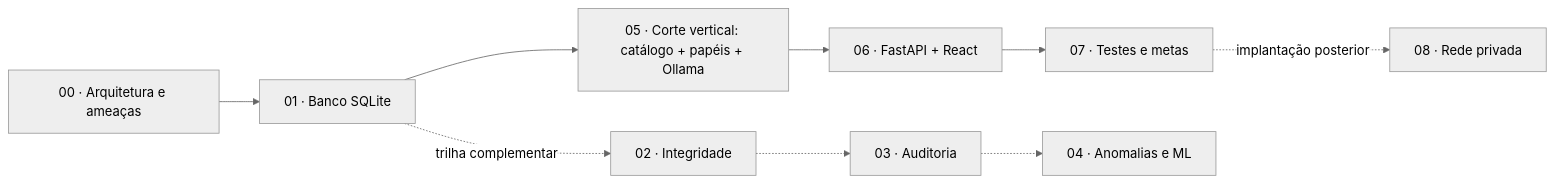
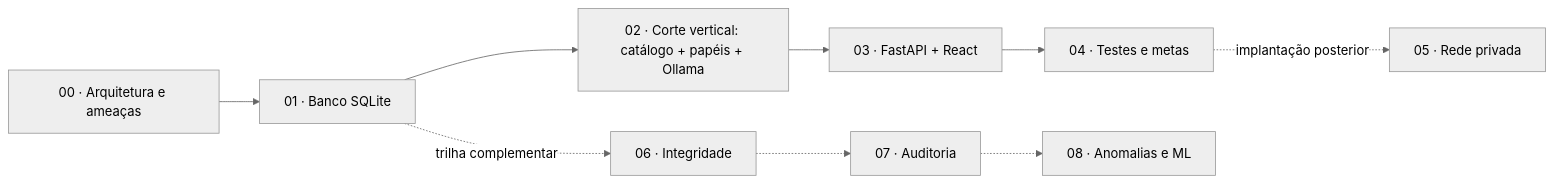
Before and after one commit to lianeheidemann/ai-privileged-access: the diagram in README.md, drawn with Mermaid (neutral theme). The commit also changed other lines of this file and 18 other files, not shown here.

````diff
--- a/README.md
+++ b/README.md
@@ -196,9 +196,9 @@
 ```mermaid
 flowchart LR
     A["00 · Arquitetura e ameaças"] --> B["01 · Banco SQLite"]
-    B --> C["05 · Corte vertical: catálogo + papéis + Ollama"]
-    C --> D["06 · FastAPI + React"]
-    D --> E["07 · Testes e metas"]
-    E -. "implantação posterior" .-> F["08 · Rede privada"]
-    B -. "trilha complementar" .-> G["02 · Integridade"] -.-> H["03 · Auditoria"] -.-> I["04 · Anomalias e ML"]
+    B --> C["02 · Corte vertical: catálogo + papéis + Ollama"]
+    C --> D["03 · FastAPI + React"]
+    D --> E["04 · Testes e metas"]
+    E -. "implantação posterior" .-> F["05 · Rede privada"]
+    B -. "trilha complementar" .-> G["06 · Integridade"] -.-> H["07 · Auditoria"] -.-> I["08 · Anomalias e ML"]
 ```
````
